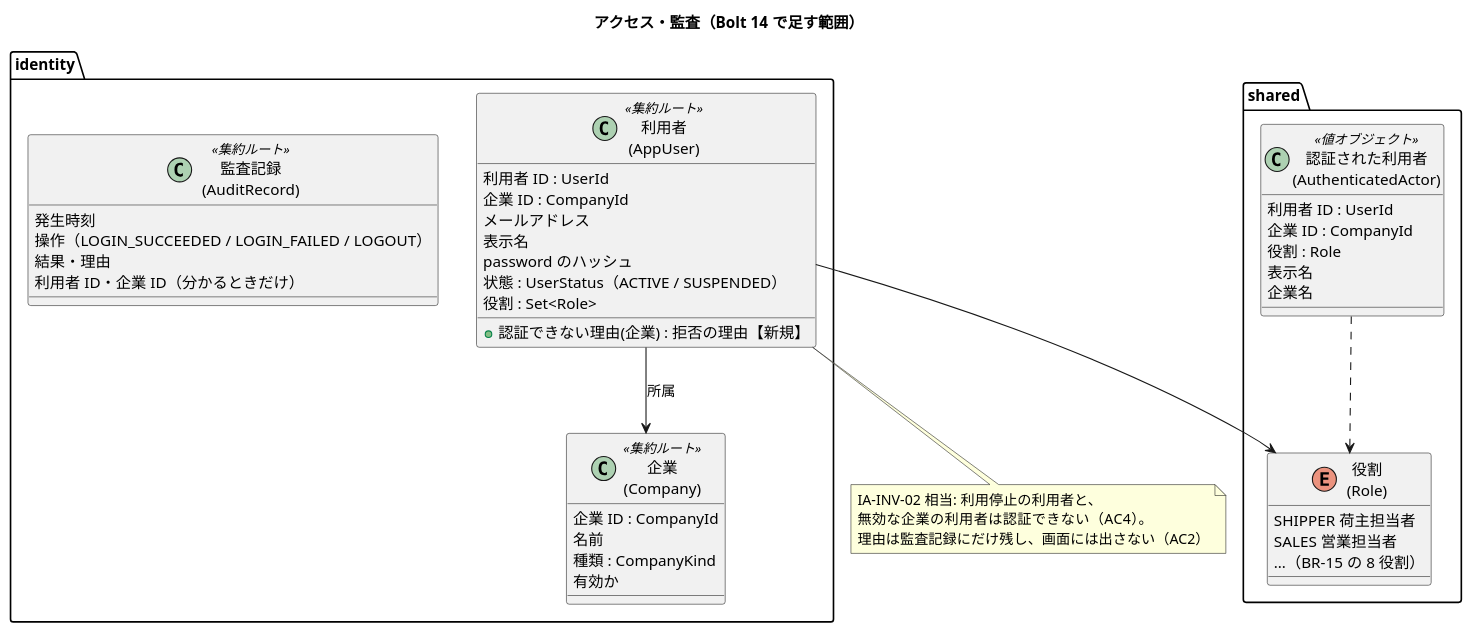
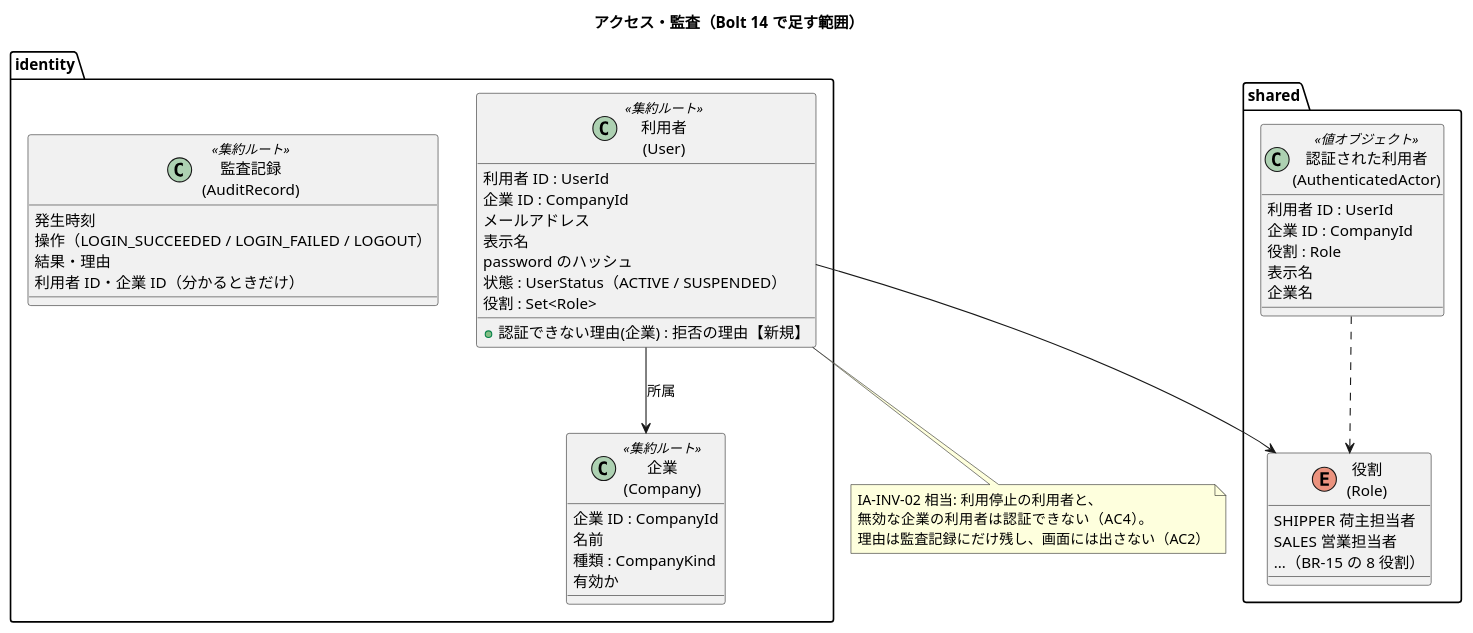
The first of 4 diagrams in docs/development/cargo-tracker/bolt_14_plan.md (k2works/practical-domain-driven-design-in-enterpris-application), drawn with PlantUML before and after one commit. The commit also changed 17 other files, not shown here.

````diff
--- a/docs/development/cargo-tracker/bolt_14_plan.md
+++ b/docs/development/cargo-tracker/bolt_14_plan.md
@@ -88,51 +88,51 @@
 ```plantuml
 @startuml
 title アクセス・監査（Bolt 14 で足す範囲）
 package shared {
   class "認証された利用者\n(AuthenticatedActor)" as AA <<値オブジェクト>> {
     利用者 ID : UserId
     企業 ID : CompanyId
     役割 : Role
     表示名
     企業名
   }
   enum "役割\n(Role)" as R {
     SHIPPER 荷主担当者
     SALES 営業担当者
     …（BR-15 の 8 役割）
   }
 }
 package identity {
   class "企業\n(Company)" as C <<集約ルート>> {
     企業 ID : CompanyId
     名前
     種類 : CompanyKind
     有効か
   }
-  class "利用者\n(AppUser)" as U <<集約ルート>> {
+  class "利用者\n(User)" as U <<集約ルート>> {
     利用者 ID : UserId
     企業 ID : CompanyId
     メールアドレス
     表示名
     password のハッシュ
     状態 : UserStatus（ACTIVE / SUSPENDED）
     役割 : Set<Role>
     + 認証できない理由(企業) : 拒否の理由【新規】
   }
   class "監査記録\n(AuditRecord)" as AR <<集約ルート>> {
     発生時刻
     操作（LOGIN_SUCCEEDED / LOGIN_FAILED / LOGOUT）
     結果・理由
     利用者 ID・企業 ID（分かるときだけ）
   }
 }
 U --> C : 所属
 U --> R
 AA ..> R
 note bottom of U
   IA-INV-02 相当: 利用停止の利用者と、
   無効な企業の利用者は認証できない（AC4）。
   理由は監査記録にだけ残し、画面には出さない（AC2）
 end note
 @enduml
 ```
````
